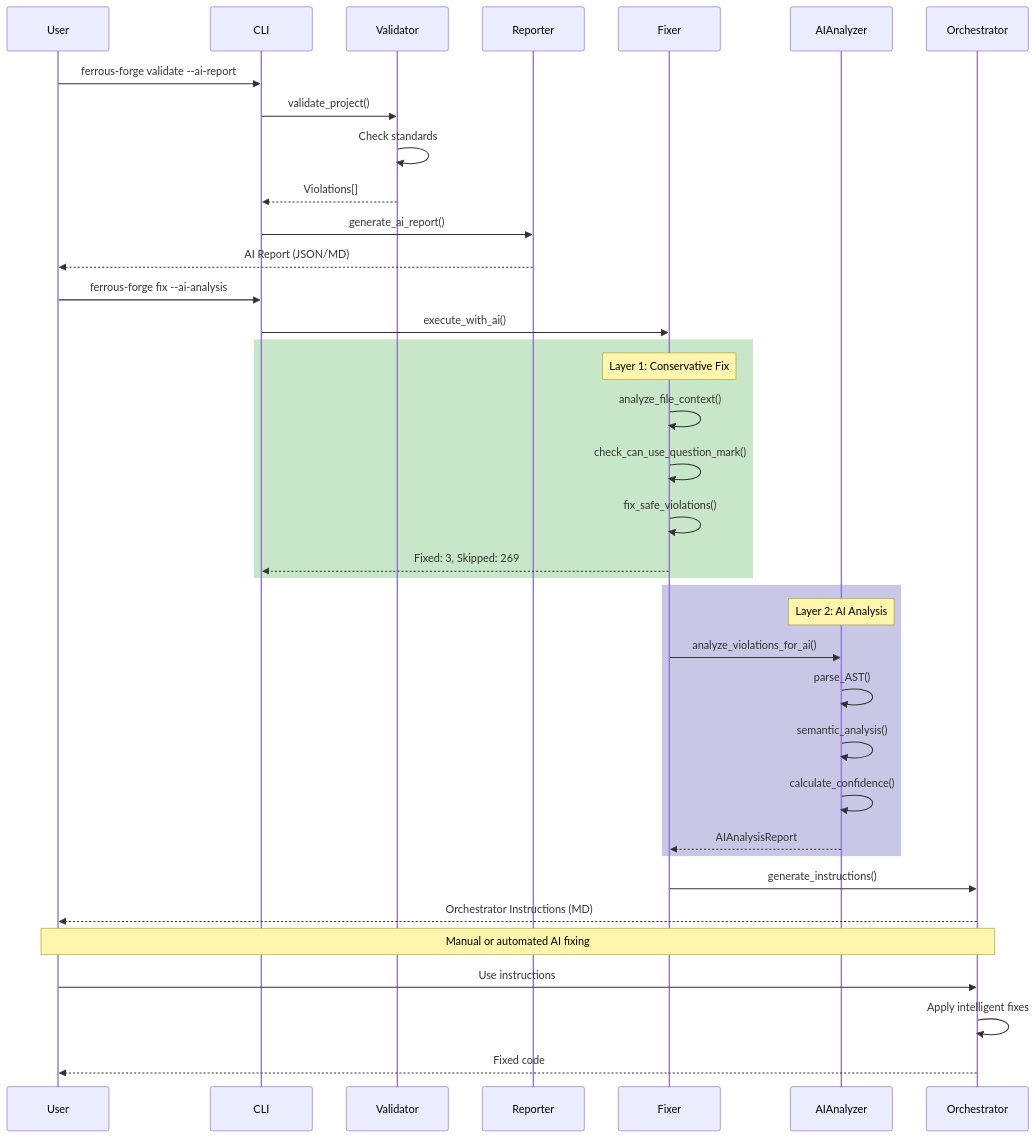
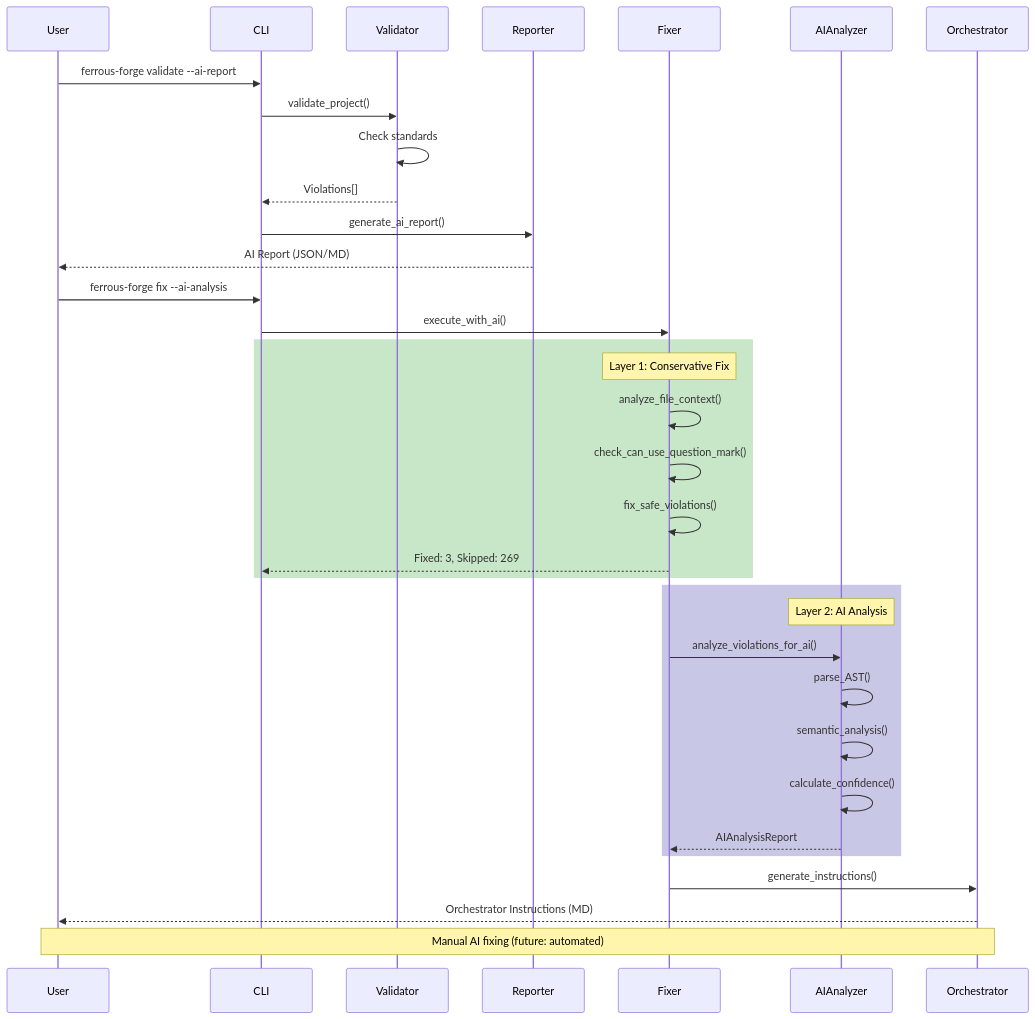
One commit to kryptobaseddev/ferrous-forge changed the second of 6 diagrams in docs/ARCHITECTURE_DIAGRAM.md. Above: the diagram before and after it, drawn with Mermaid. The commit also changed other lines of this file and 137 other files, not shown here.

````diff
--- a/docs/ARCHITECTURE_DIAGRAM.md
+++ b/docs/ARCHITECTURE_DIAGRAM.md
@@ -71,45 +77,42 @@
 ```mermaid
 sequenceDiagram
     participant User
     participant CLI
     participant Validator
     participant Reporter
     participant Fixer
     participant AIAnalyzer
     participant Orchestrator
     
     User->>CLI: ferrous-forge validate --ai-report
     CLI->>Validator: validate_project()
     Validator->>Validator: Check standards
     Validator-->>CLI: Violations[]
     CLI->>Reporter: generate_ai_report()
     Reporter-->>User: AI Report (JSON/MD)
     
     User->>CLI: ferrous-forge fix --ai-analysis
     CLI->>Fixer: execute_with_ai()
     
     rect rgb(200, 230, 200)
         Note over Fixer: Layer 1: Conservative Fix
         Fixer->>Fixer: analyze_file_context()
         Fixer->>Fixer: check_can_use_question_mark()
         Fixer->>Fixer: fix_safe_violations()
         Fixer-->>CLI: Fixed: 3, Skipped: 269
     end
     
     rect rgb(200, 200, 230)
         Note over AIAnalyzer: Layer 2: AI Analysis
         Fixer->>AIAnalyzer: analyze_violations_for_ai()
         AIAnalyzer->>AIAnalyzer: parse_AST()
         AIAnalyzer->>AIAnalyzer: semantic_analysis()
         AIAnalyzer->>AIAnalyzer: calculate_confidence()
         AIAnalyzer-->>Fixer: AIAnalysisReport
     end
     
     Fixer->>Orchestrator: generate_instructions()
     Orchestrator-->>User: Orchestrator Instructions (MD)
     
-    Note over User,Orchestrator: Manual or automated AI fixing
-    User->>Orchestrator: Use instructions
-    Orchestrator->>Orchestrator: Apply intelligent fixes
-    Orchestrator-->>User: Fixed code
+    Note over User,Orchestrator: Manual AI fixing (future: automated)
 ```
````
